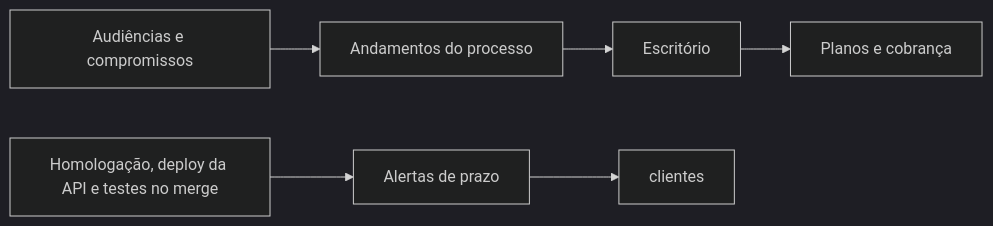
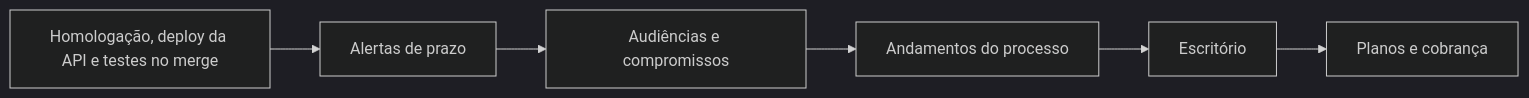
The diagram in docs/roadmap-evolucao-tecnologica.md (yasmintrentinfanfa/front_sophia), drawn with Mermaid (dark theme) before and after one commit. The commit also changed other lines of this file, not shown here.

````diff
--- a/docs/roadmap-evolucao-tecnologica.md
+++ b/docs/roadmap-evolucao-tecnologica.md
@@ -107,15 +106,15 @@
 ```mermaid
 flowchart LR
   base[Homologação, deploy da API e testes no merge]
   alertas[Alertas de prazo]
   agenda[Audiências e compromissos]
   andamentos[Andamentos do processo]
   escritorio[Escritório]
   planos[Planos e cobrança]
 
   base --> alertas
-  alertas --> clientes
+  alertas --> agenda
   agenda --> andamentos
   andamentos --> escritorio
   escritorio --> planos
 ```
````
